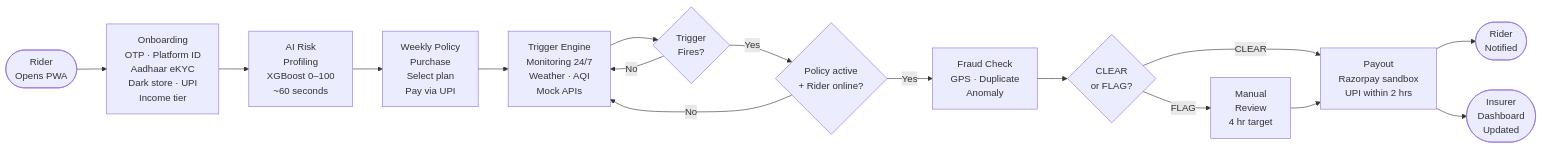
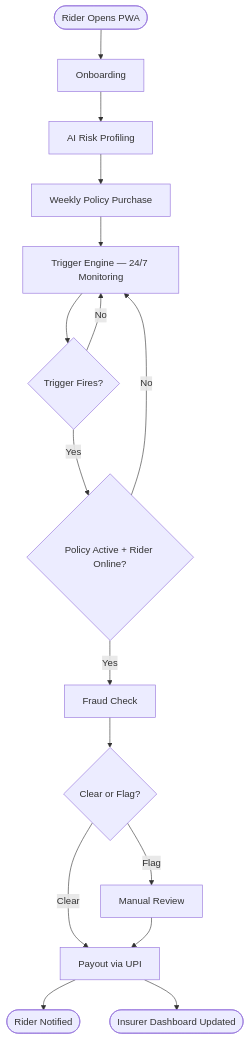
One commit to harsh-space/coverent changed the diagram in README.md. Above: the diagram before and after it, drawn with Mermaid. The commit also changed other lines of this file, not shown here.

Commit message:
Phase 1: Add project README and strategy document

````diff
--- a/README.md
+++ b/README.md
@@ -76,18 +77,19 @@
 ```mermaid
-flowchart LR
-    A([Rider\nOpens PWA]) --> B[Onboarding\nOTP · Platform ID\nAadhaar eKYC\nDark store · UPI\nIncome tier]
-    B --> C[AI Risk\nProfiling\nXGBoost 0–100\n~60 seconds]
-    C --> D[Weekly Policy\nPurchase\nSelect plan\nPay via UPI]
-    D --> E[Trigger Engine\nMonitoring 24/7\nWeather · AQI\nMock APIs]
-    E --> F{Trigger\nFires?}
+%%{init: {'theme': 'default'}}%%
+flowchart TD
+    A([Rider Opens PWA]) --> B[Onboarding]
+    B --> C[AI Risk Profiling]
+    C --> D[Weekly Policy Purchase]
+    D --> E[Trigger Engine — 24/7 Monitoring]
+    E --> F{Trigger Fires?}
     F -- No --> E
-    F -- Yes --> G{Policy active\n+ Rider online?}
+    F -- Yes --> G{Policy Active + Rider Online?}
     G -- No --> E
-    G -- Yes --> H[Fraud Check\nGPS · Duplicate\nAnomaly]
-    H --> I{CLEAR\nor FLAG?}
-    I -- CLEAR --> J[Payout\nRazorpay sandbox\nUPI within 2 hrs]
-    I -- FLAG --> K[Manual\nReview\n4 hr target]
+    G -- Yes --> H[Fraud Check]
+    H --> I{Clear or Flag?}
+    I -- Clear --> J[Payout via UPI]
+    I -- Flag --> K[Manual Review]
     K --> J
-    J --> L([Rider\nNotified])
-    J --> M([Insurer\nDashboard\nUpdated])
+    J --> L([Rider Notified])
+    J --> M([Insurer Dashboard Updated])
 ```
````
